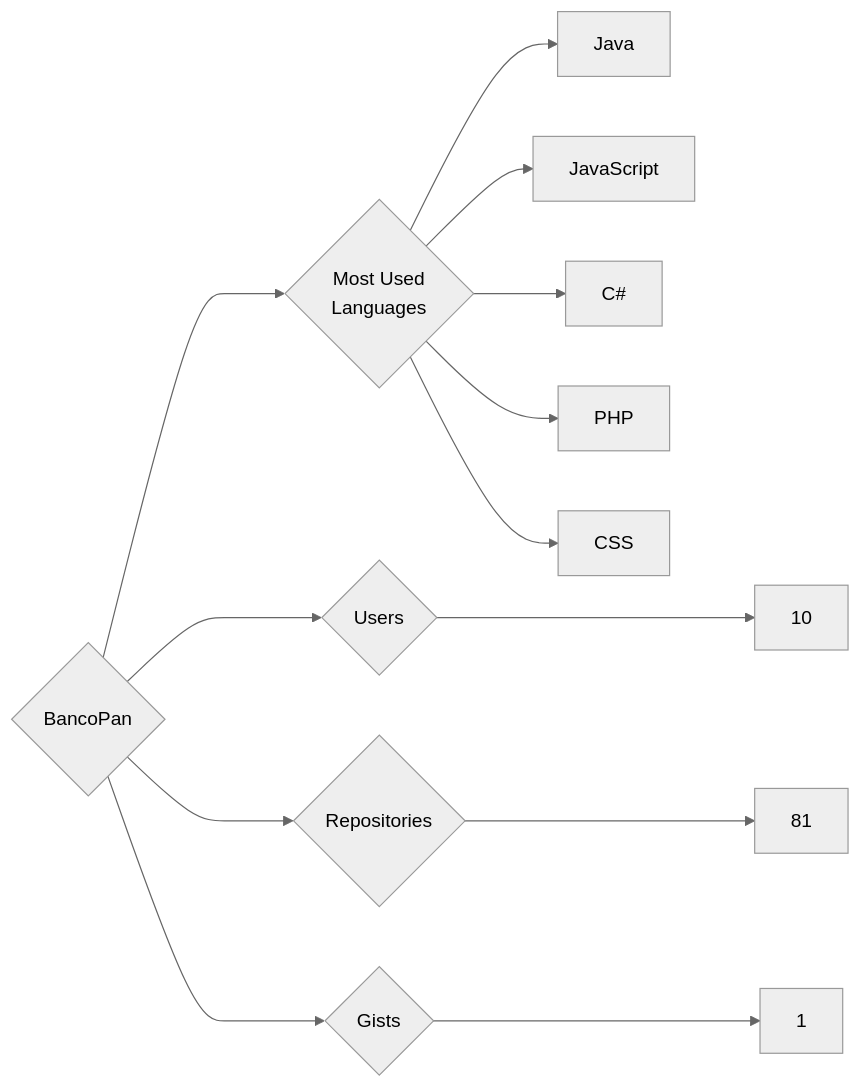
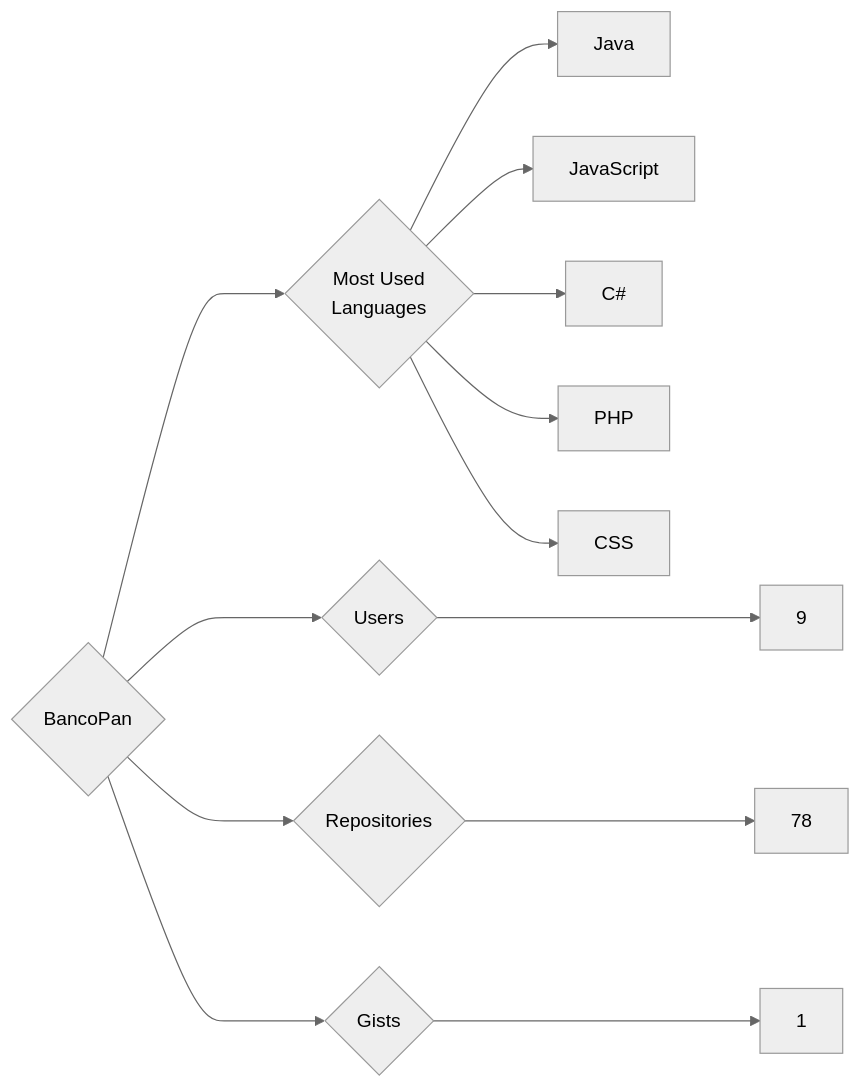
One commit to trickest/insiders changed the diagram in targets/BancoPan/README.md. Above: the diagram before and after it, drawn with Mermaid (neutral theme). The commit also changed 865 other files, not shown here.

````diff
--- a/targets/BancoPan/README.md
+++ b/targets/BancoPan/README.md
@@ -3,13 +3,13 @@
 ```mermaid
 graph LR
 COMPANY_NAME{BancoPan}
-COMPANY_NAME ---> U{Users} ---> UN[10]
-COMPANY_NAME ---> R{Repositories} ---> RN[81]
+COMPANY_NAME ---> U{Users} ---> UN[9]
+COMPANY_NAME ---> R{Repositories} ---> RN[78]
 COMPANY_NAME ---> G{Gists} ---> GN[1]
 COMPANY_NAME ---> ML{Most Used<br>Languages}
 ML --> Java[Java]
 ML --> JavaScript[JavaScript]
 ML --> C#[C#]
 ML --> PHP[PHP]
 ML --> CSS[CSS]
 ```
````
